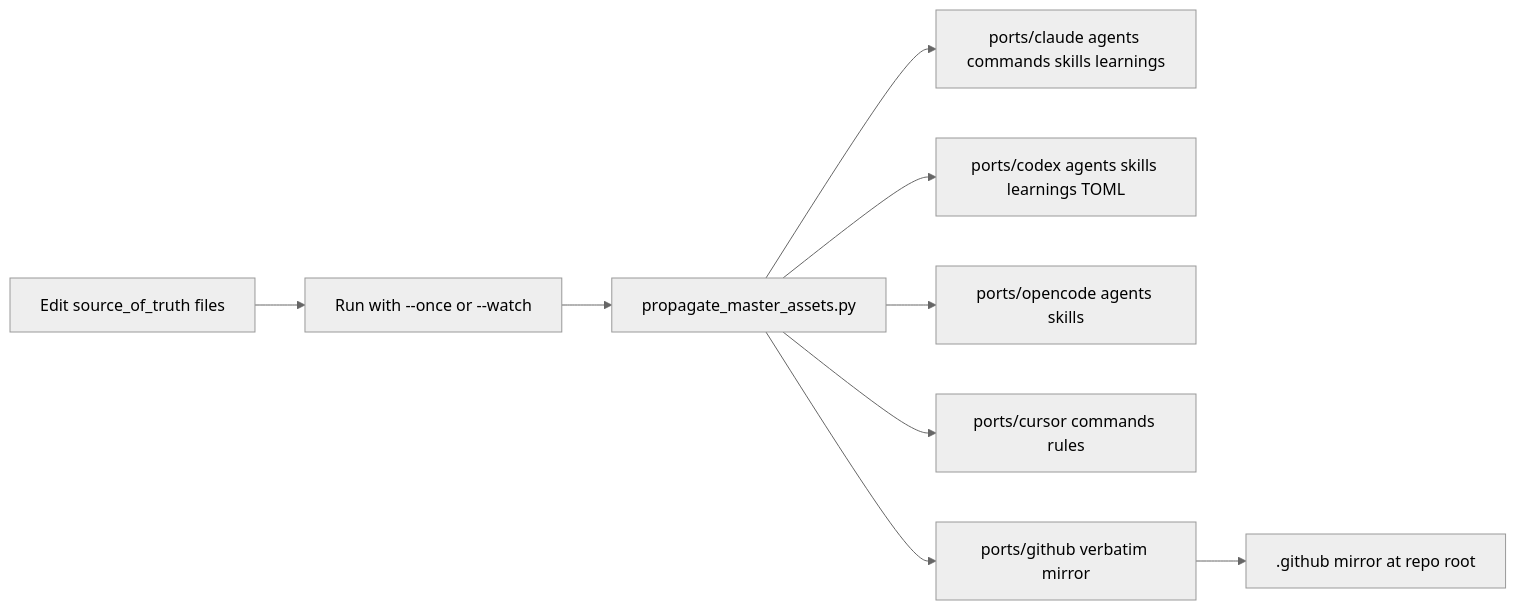
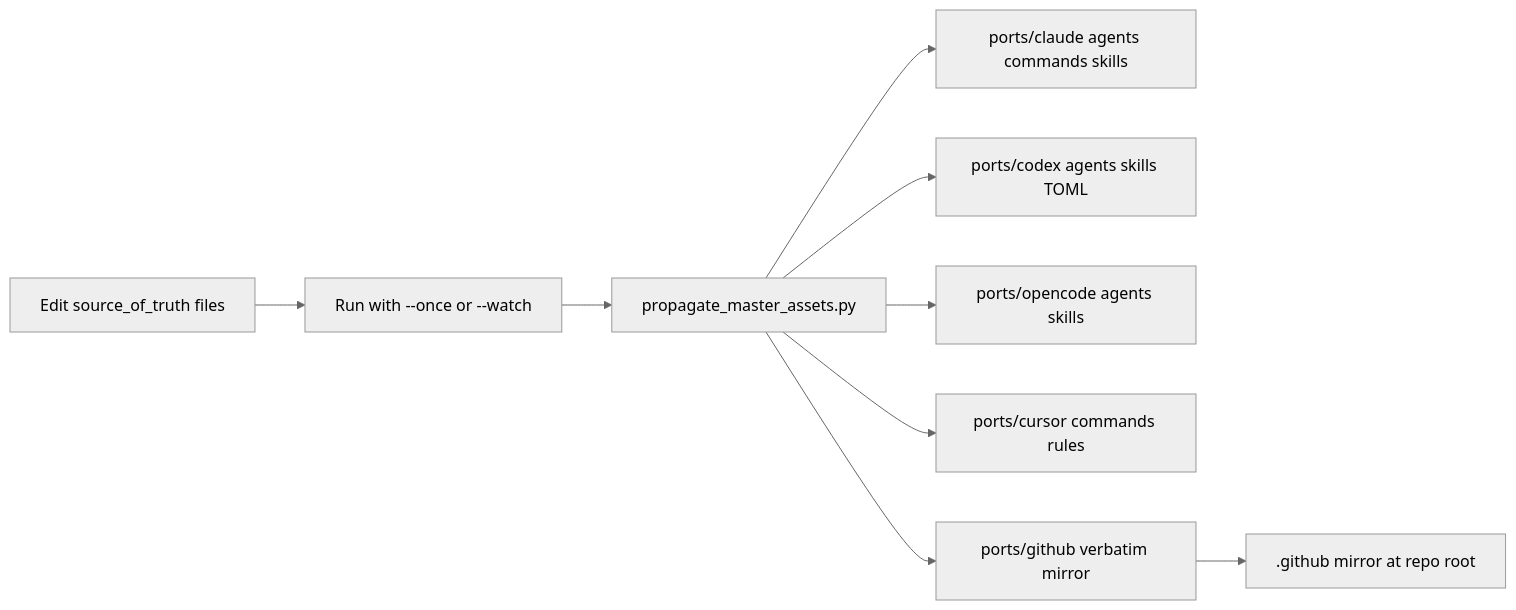
Before and after one commit to threnjen/thren-agentic-workflows: the second of 4 diagrams in docs/ARCHITECTURE.md, drawn with Mermaid (neutral theme). The commit also changed other lines of this file and 563 other files, not shown here.

````diff
--- a/docs/ARCHITECTURE.md
+++ b/docs/ARCHITECTURE.md
@@ -54,11 +52,11 @@
 ```mermaid
 flowchart LR
     Author[Edit source_of_truth files] --> Watcher[Run with --once or --watch]
     Watcher --> Script[propagate_master_assets.py]
-    Script --> ClaudeOut[ports/claude agents commands skills learnings]
-    Script --> CodexOut[ports/codex agents skills learnings TOML]
+    Script --> ClaudeOut[ports/claude agents commands skills]
+    Script --> CodexOut[ports/codex agents skills TOML]
     Script --> OpenCodeOut[ports/opencode agents skills]
     Script --> CursorOut[ports/cursor commands rules]
     Script --> GithubPort[ports/github verbatim mirror]
     GithubPort --> DotGithub[.github mirror at repo root]
 ```
````
